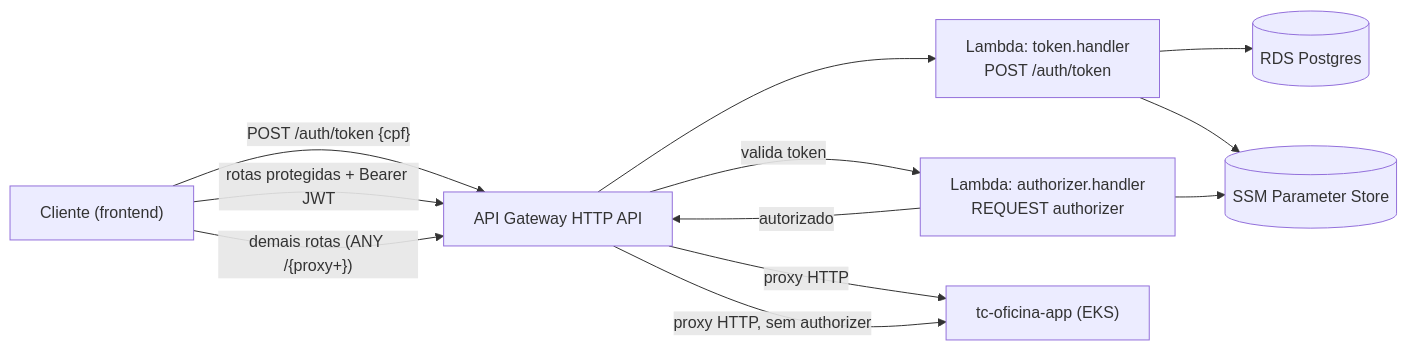
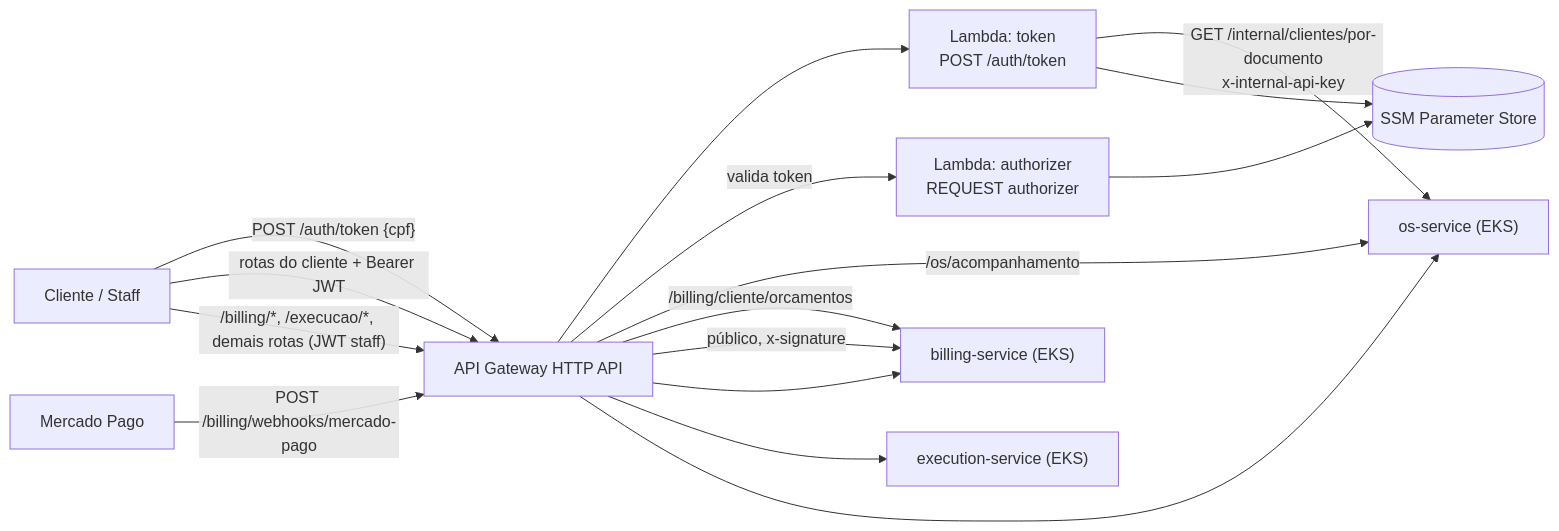
One commit to FIAP-POS-TECH-SOFTWARE-ARCHITECTURE/tc-oficina-lambda-auth changed the diagram in README.md. Above: the diagram before and after it, drawn with Mermaid. The commit also changed other lines of this file, not shown here.

Commit message:
docs: readme com rotas do gateway por microsservico e lambda sem acesso ao banco

````diff
--- a/README.md
+++ b/README.md
@@ -35,24 +34,31 @@
 ```mermaid
 flowchart LR
-    Cliente["Cliente (frontend)"]
+    Cliente["Cliente / Staff"]
+    MP["Mercado Pago"]
     GW["API Gateway HTTP API"]
-    TokenLambda["Lambda: token.handler\nPOST /auth/token"]
-    AuthLambda["Lambda: authorizer.handler\nREQUEST authorizer"]
-    RDS[(RDS Postgres)]
+    TokenLambda["Lambda: token\nPOST /auth/token"]
+    AuthLambda["Lambda: authorizer\nREQUEST authorizer"]
     SSM[(SSM Parameter Store)]
-    App["tc-oficina-app (EKS)"]
+    OS["os-service (EKS)"]
+    Billing["billing-service (EKS)"]
+    Execution["execution-service (EKS)"]
 
     Cliente -->|"POST /auth/token {cpf}"| GW
     GW --> TokenLambda
-    TokenLambda --> RDS
+    TokenLambda -->|"GET /internal/clientes/por-documento\nx-internal-api-key"| OS
     TokenLambda --> SSM
 
-    Cliente -->|"rotas protegidas + Bearer JWT"| GW
+    Cliente -->|"rotas do cliente + Bearer JWT"| GW
     GW -->|"valida token"| AuthLambda
     AuthLambda --> SSM
-    AuthLambda -->|"autorizado"| GW
-    GW -->|"proxy HTTP"| App
+    GW -->|"/os/acompanhamento"| OS
+    GW -->|"/billing/cliente/orcamentos"| Billing
 
-    Cliente -->|"demais rotas (ANY /{proxy+})"| GW
-    GW -->|"proxy HTTP, sem authorizer"| App
+    MP -->|"POST /billing/webhooks/mercado-pago"| GW
+    GW -->|"público, x-signature"| Billing
+
+    Cliente -->|"/billing/*, /execucao/*, demais rotas (JWT staff)"| GW
+    GW --> Billing
+    GW --> Execution
+    GW --> OS
 ```
````
